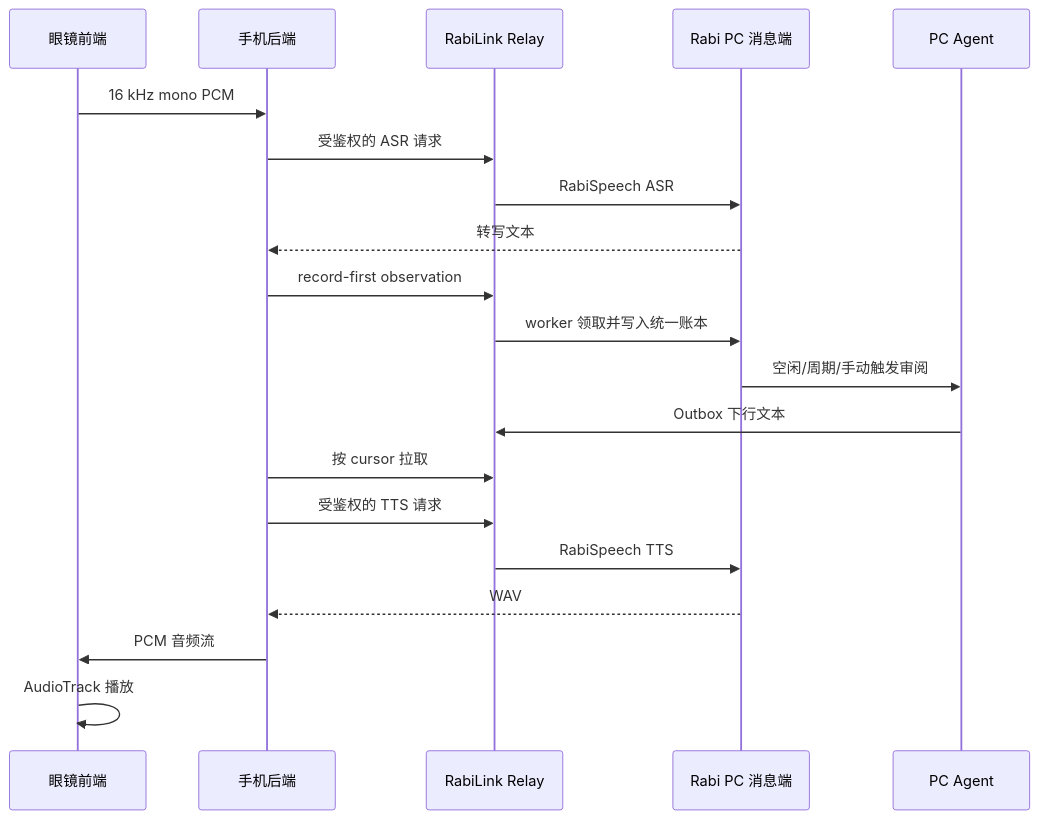
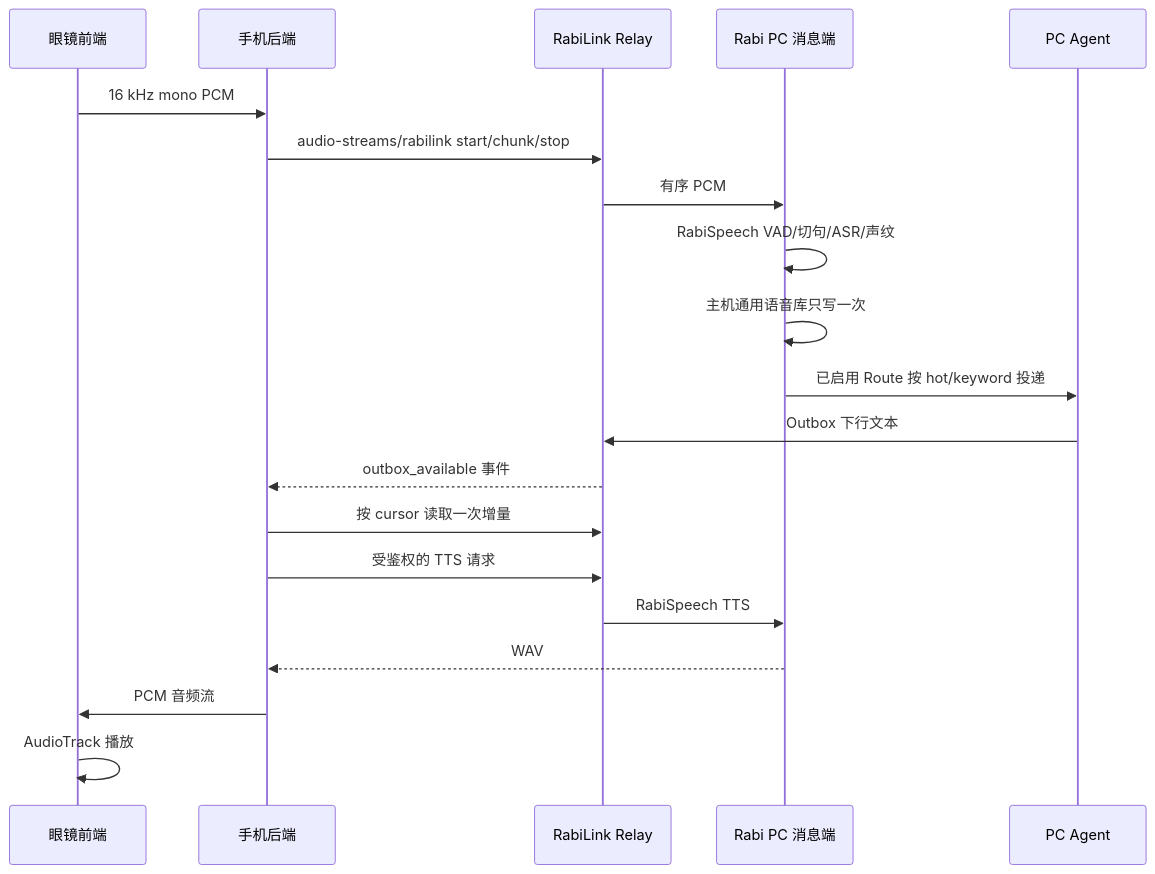
The diagram in docs/rabilink-glasses-app-design.md (vb2250158/RabiRoute), drawn with Mermaid before and after one commit. The commit also changed other lines of this file and 290 other files, not shown here.

````diff
--- a/docs/rabilink-glasses-app-design.md
+++ b/docs/rabilink-glasses-app-design.md
@@ -24,23 +24,23 @@
 ```mermaid
 sequenceDiagram
     participant G as 眼镜前端
     participant P as 手机后端
     participant R as RabiLink Relay
     participant PC as Rabi PC 消息端
     participant A as PC Agent
 
     G->>P: 16 kHz mono PCM
-    P->>R: 受鉴权的 ASR 请求
-    R->>PC: RabiSpeech ASR
-    PC-->>P: 转写文本
-    P->>R: record-first observation
-    R->>PC: worker 领取并写入统一账本
-    PC->>A: 空闲/周期/手动触发审阅
+    P->>R: audio-streams/rabilink start/chunk/stop
+    R->>PC: 有序 PCM
+    PC->>PC: RabiSpeech VAD/切句/ASR/声纹
+    PC->>PC: 主机通用语音库只写一次
+    PC->>A: 已启用 Route 按 hot/keyword 投递
     A->>R: Outbox 下行文本
-    P->>R: 按 cursor 拉取
+    R-->>P: outbox_available 事件
+    P->>R: 按 cursor 读取一次增量
     P->>R: 受鉴权的 TTS 请求
     R->>PC: RabiSpeech TTS
     PC-->>P: WAV
     P->>G: PCM 音频流
     G->>G: AudioTrack 播放
 ```
````
